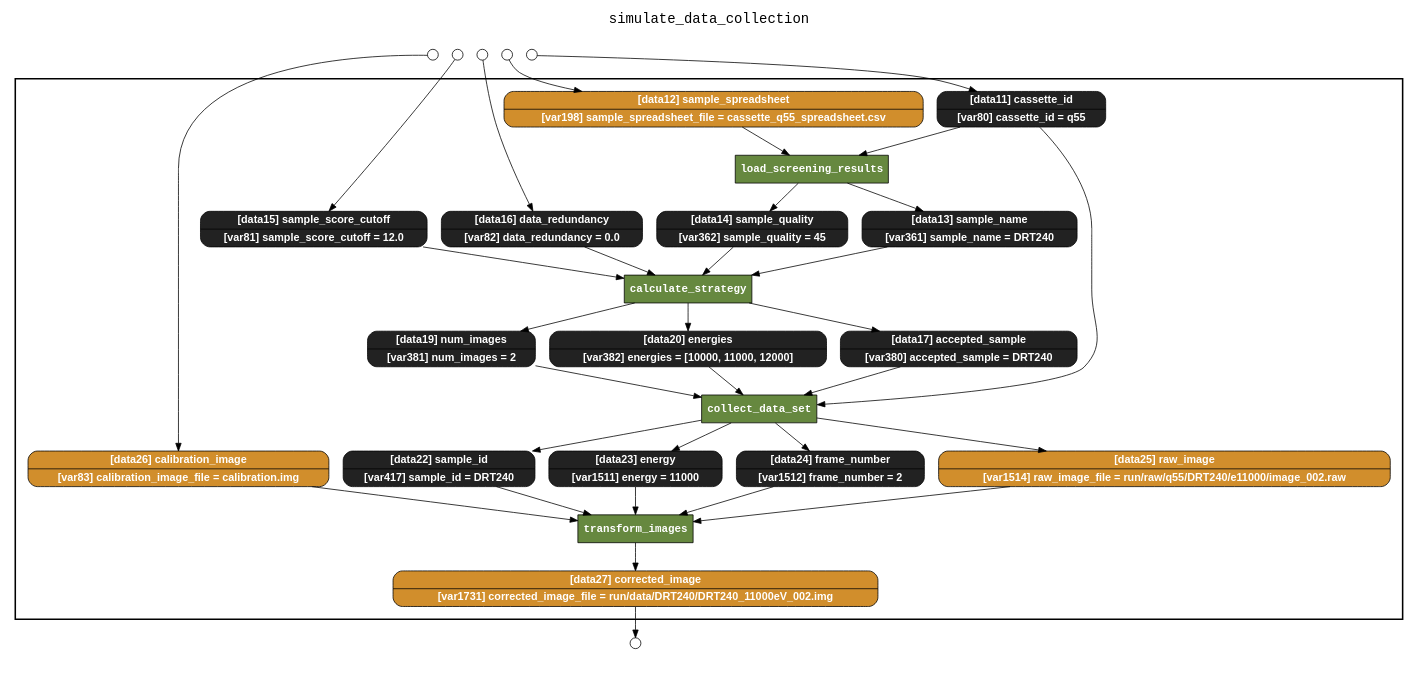
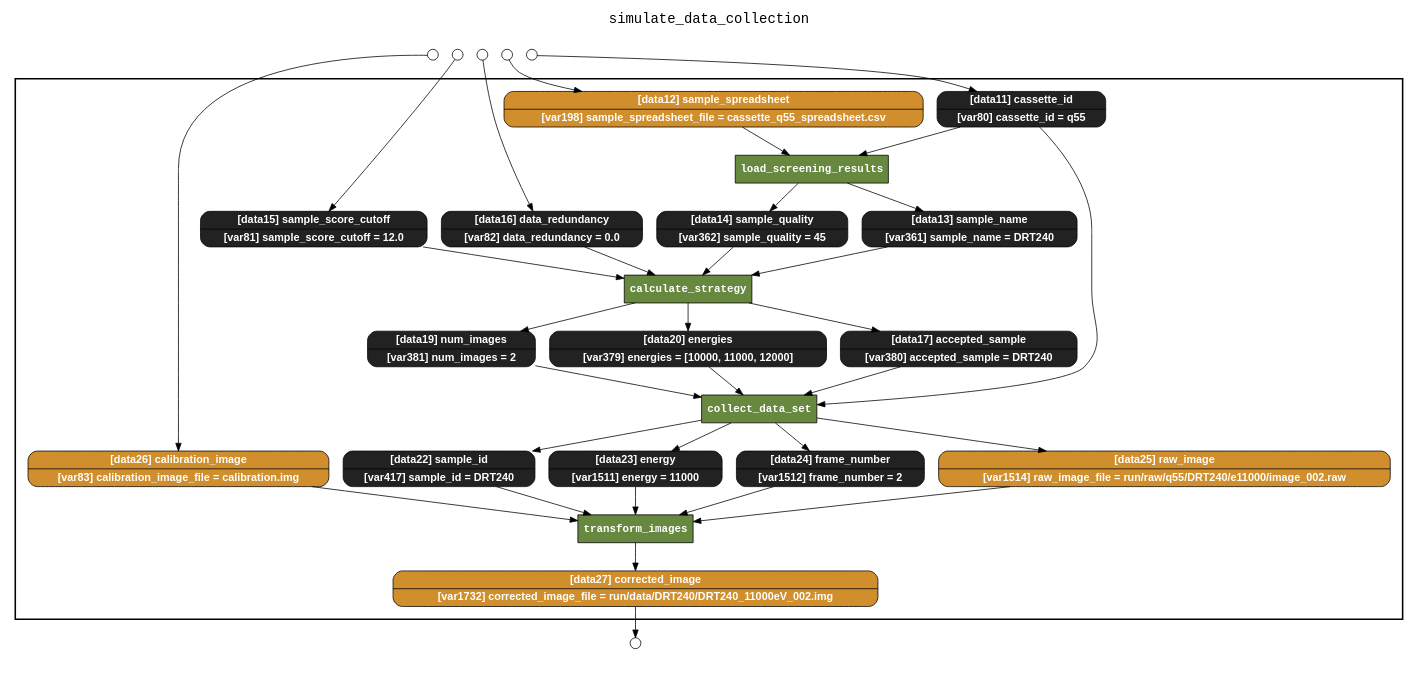
One commit to yesworkflow-org/yw-noworkflow changed the diagram in examples/simulate_data_collection/yw_nw_retrospective_lineage.gv. Above: the diagram before and after it, drawn with Graphviz. The commit also changed 23 other files, not shown here.

Commit message:
New Makefile target for NW filtered lineage graph.

```diff
--- a/examples/simulate_data_collection/yw_nw_retrospective_lineage.gv
+++ b/examples/simulate_data_collection/yw_nw_retrospective_lineage.gv
@@ -1,77 +1,77 @@
 
 digraph yw_data_view {
 rankdir=TB
 fontname=Courier; fontsize=18; labelloc=t
 label="simulate_data_collection"
 subgraph cluster_workflow { label=""; color=black; penwidth=2
 subgraph cluster_workflow_inner { label=""; color=white
 node[shape=box style=filled fillcolor="#66883F" peripheries=1 fontname="Courier-Bold" fontcolor=white]
 collect_data_set
 calculate_strategy
 load_screening_results
 transform_images
 node[shape=box style="filled" fillcolor="#CCFFCC" peripheries=1 fontname=Courier]
 node[shape=box style="rounded,filled" fillcolor="#D18E2C" peripheries=1 fontname="Helvetica-Bold"]
 sample_spreadsheet [shape=record rankdir=LR label="{<f0> [data12] sample_spreadsheet |<f1> [var198] sample_spreadsheet_file = cassette_q55_spreadsheet.csv}"]
 raw_image [shape=record rankdir=LR label="{<f0> [data25] raw_image |<f1> [var1514] raw_image_file = run/raw/q55/DRT240/e11000/image_002.raw}"]
 calibration_image [shape=record rankdir=LR label="{<f0> [data26] calibration_image |<f1> [var83] calibration_image_file = calibration.img}"]
-corrected_image [shape=record rankdir=LR label="{<f0> [data27] corrected_image |<f1> [var1731] corrected_image_file = run/data/DRT240/DRT240_11000eV_002.img}"]
+corrected_image [shape=record rankdir=LR label="{<f0> [data27] corrected_image |<f1> [var1732] corrected_image_file = run/data/DRT240/DRT240_11000eV_002.img}"]
 node[shape=box style="rounded,filled" fillcolor="#222222" peripheries=1 fontname="Helvetica-Bold"]
 cassette_id [shape=record rankdir=LR label="{<f0> [data11] cassette_id |<f1> [var80] cassette_id = q55}"]
 sample_name [shape=record rankdir=LR label="{<f0> [data13] sample_name |<f1> [var361] sample_name = DRT240}"]
 sample_quality [shape=record rankdir=LR label="{<f0> [data14] sample_quality |<f1> [var362] sample_quality = 45}"]
 sample_score_cutoff [shape=record rankdir=LR label="{<f0> [data15] sample_score_cutoff |<f1> [var81] sample_score_cutoff = 12.0}"]
 data_redundancy [shape=record rankdir=LR label="{<f0> [data16] data_redundancy |<f1> [var82] data_redundancy = 0.0}"]
 accepted_sample [shape=record rankdir=LR label="{<f0> [data17] accepted_sample |<f1> [var380] accepted_sample = DRT240}"]
 num_images [shape=record rankdir=LR label="{<f0> [data19] num_images |<f1> [var381] num_images = 2}"]
-energies [shape=record rankdir=LR label="{<f0> [data20] energies |<f1> [var382] energies = [10000, 11000, 12000]}"]
+energies [shape=record rankdir=LR label="{<f0> [data20] energies |<f1> [var379] energies = [10000, 11000, 12000]}"]
 sample_id [shape=record rankdir=LR label="{<f0> [data22] sample_id |<f1> [var417] sample_id = DRT240}"]
 energy [shape=record rankdir=LR label="{<f0> [data23] energy |<f1> [var1511] energy = 11000}"]
 frame_number [shape=record rankdir=LR label="{<f0> [data24] frame_number |<f1> [var1512] frame_number = 2}"]
 }}
 subgraph cluster_inflows { label=""; color=white; penwidth=2
 subgraph cluster_inflows_inner { label=""; color=white
 node[shape=circle fillcolor="#FFFFFF" peripheries=1 width=0.2]
 sample_spreadsheet_inflow [label=""]
 calibration_image_inflow [label=""]
 sample_score_cutoff_inflow [label=""]
 data_redundancy_inflow [label=""]
 cassette_id_inflow [label=""]
 }}
 subgraph cluster_outflows { label=""; color=white; penwidth=2
 subgraph cluster_outflows_inner { label=""; color=white
 node[shape=circle fillcolor="#FFFFFF" peripheries=1 width=0.2]
 corrected_image_outflow [label=""]
 }}
-energies -> collect_data_set
-sample_spreadsheet -> load_screening_results
-sample_quality -> calculate_strategy
-sample_score_cutoff -> calculate_strategy
-accepted_sample -> collect_data_set
 cassette_id -> collect_data_set
 cassette_id -> load_screening_results
+frame_number -> transform_images
+energies -> collect_data_set
+accepted_sample -> collect_data_set
+raw_image -> transform_images
+sample_quality -> calculate_strategy
 data_redundancy -> calculate_strategy
-frame_number -> transform_images
+sample_id -> transform_images
+calibration_image -> transform_images
+sample_score_cutoff -> calculate_strategy
 energy -> transform_images
-sample_id -> transform_images
-raw_image -> transform_images
 num_images -> collect_data_set
 sample_name -> calculate_strategy
-calibration_image -> transform_images
+sample_spreadsheet -> load_screening_results
 load_screening_results -> sample_name
 load_screening_results -> sample_quality
 calculate_strategy -> accepted_sample
 calculate_strategy -> num_images
 calculate_strategy -> energies
 collect_data_set -> sample_id
 collect_data_set -> energy
 collect_data_set -> frame_number
 collect_data_set -> raw_image
 transform_images -> corrected_image
 sample_spreadsheet_inflow -> sample_spreadsheet
 calibration_image_inflow -> calibration_image
 sample_score_cutoff_inflow -> sample_score_cutoff
 data_redundancy_inflow -> data_redundancy
 cassette_id_inflow -> cassette_id
 corrected_image -> corrected_image_outflow
 }
```
